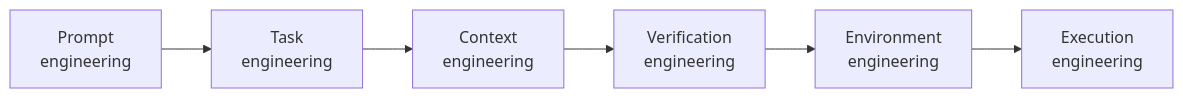
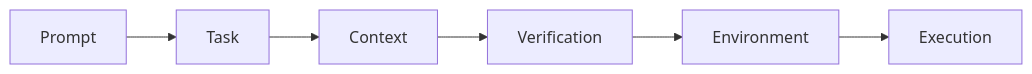
The diagram in README.md (krivitsky/professional-agentic-product-engineering), drawn with Mermaid before and after one commit. The commit also changed 1 other file, not shown here.

Commit message:
Spine diagram: bare-noun rungs, drop the repeated "engineering"
Six "X engineering" labels read as repetition. Now the diagram nodes are
single nouns (Prompt -> Task -> Context -> Verification -> Environment ->
Execution); the lead sentence carries "engineering" once. Applied in both
guide.md and README.md.

Claude-Session: https://claude.ai/code/session_01UMA4TRzYN5WTsc5PySZCwo

````diff
--- a/README.md
+++ b/README.md
@@ -19,4 +19,4 @@
 ```mermaid
 flowchart LR
-  P[Prompt<br/>engineering] --> T[Task<br/>engineering] --> C[Context<br/>engineering] --> V[Verification<br/>engineering] --> E[Environment<br/>engineering] --> X[Execution<br/>engineering]
+  P[Prompt] --> T[Task] --> C[Context] --> V[Verification] --> E[Environment] --> X[Execution]
 ```
````
